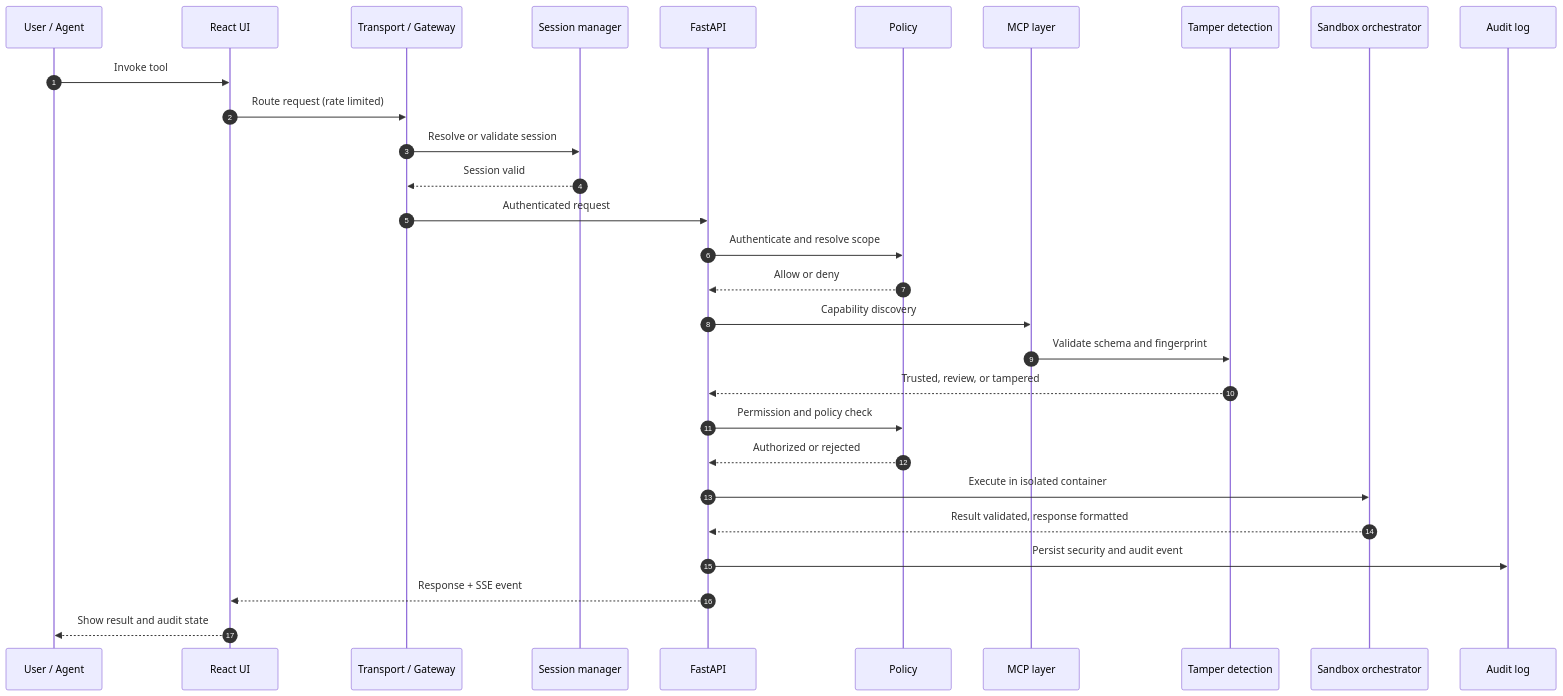
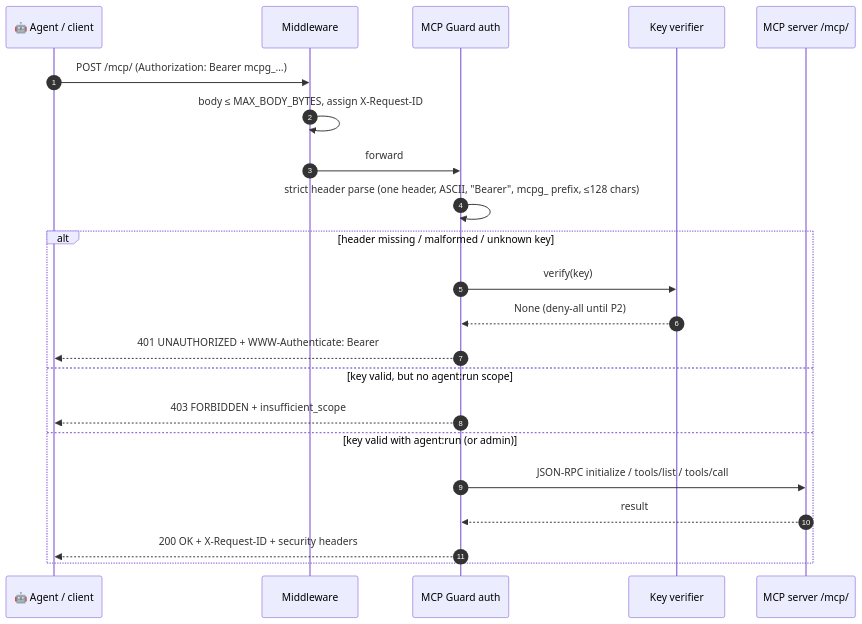
The second of 3 diagrams in README.md (aneek22112007-tech/mcp-a2a-secure), drawn with Mermaid before and after one commit. The commit also changed other lines of this file and 1 other file, not shown here.

````diff
--- a/README.md
+++ b/README.md
@@ -1072,32 +156,25 @@
 ```mermaid
 sequenceDiagram
     autonumber
-    participant U as User / Agent
-    participant F as React UI
-    participant G as Transport / Gateway
-    participant N as Session manager
-    participant A as FastAPI
-    participant P as Policy
-    participant M as MCP layer
-    participant I as Tamper detection
-    participant S as Sandbox orchestrator
-    participant D as Audit log
+    participant A as 🤖 Agent / client
+    participant M as Middleware
+    participant G as MCP Guard auth
+    participant V as Key verifier
+    participant S as MCP server /mcp/
 
-    U->>F: Invoke tool
-    F->>G: Route request (rate limited)
-    G->>N: Resolve or validate session
-    N-->>G: Session valid
-    G->>A: Authenticated request
-    A->>P: Authenticate and resolve scope
-    P-->>A: Allow or deny
-    A->>M: Capability discovery
-    M->>I: Validate schema and fingerprint
-    I-->>A: Trusted, review, or tampered
-    A->>P: Permission and policy check
-    P-->>A: Authorized or rejected
-    A->>S: Execute in isolated container
-    S-->>A: Result validated, response formatted
-    A->>D: Persist security and audit event
-    A-->>F: Response + SSE event
-    F-->>U: Show result and audit state
+    A->>M: POST /mcp/ (Authorization: Bearer mcpg_…)
+    M->>M: body ≤ MAX_BODY_BYTES, assign X-Request-ID
+    M->>G: forward
+    G->>G: strict header parse (one header, ASCII, "Bearer", mcpg_ prefix, ≤128 chars)
+    alt header missing / malformed / unknown key
+        G->>V: verify(key)
+        V-->>G: None (deny-all until P2)
+        G-->>A: 401 UNAUTHORIZED + WWW-Authenticate: Bearer
+    else key valid, but no agent:run scope
+        G-->>A: 403 FORBIDDEN + insufficient_scope
+    else key valid with agent:run (or admin)
+        G->>S: JSON-RPC initialize / tools/list / tools/call
+        S-->>G: result
+        G-->>A: 200 OK + X-Request-ID + security headers
+    end
 ```
````
